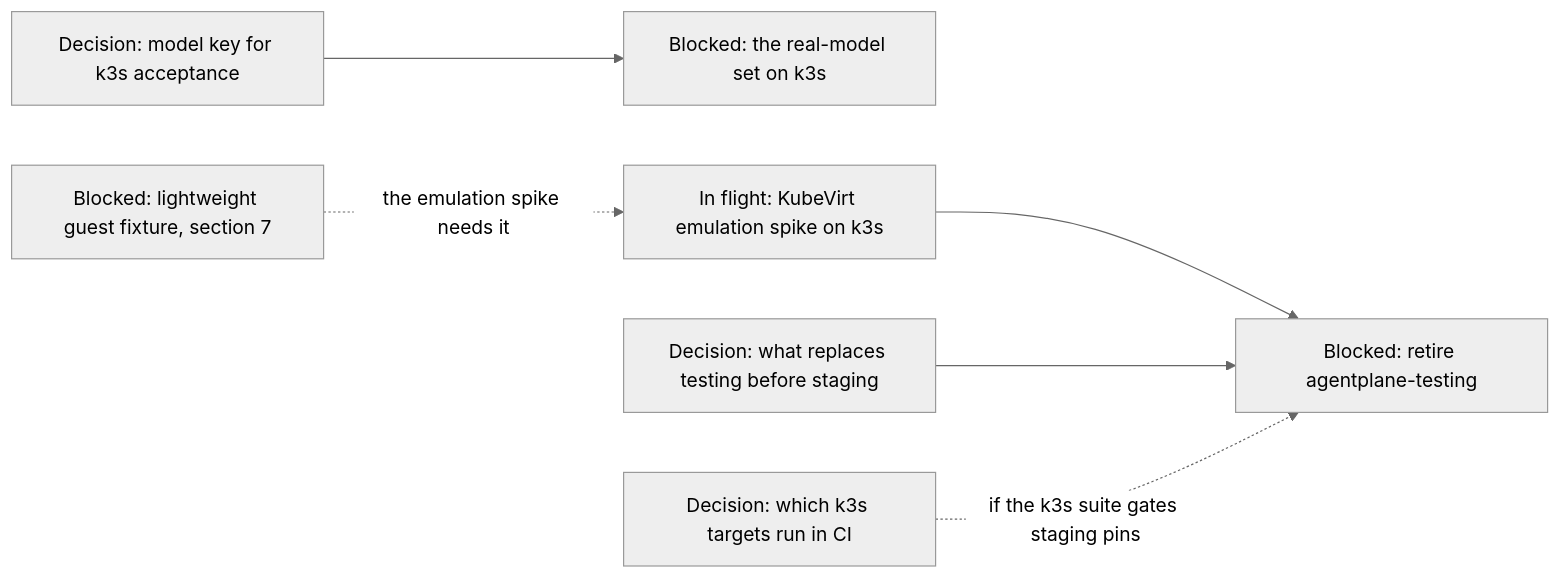
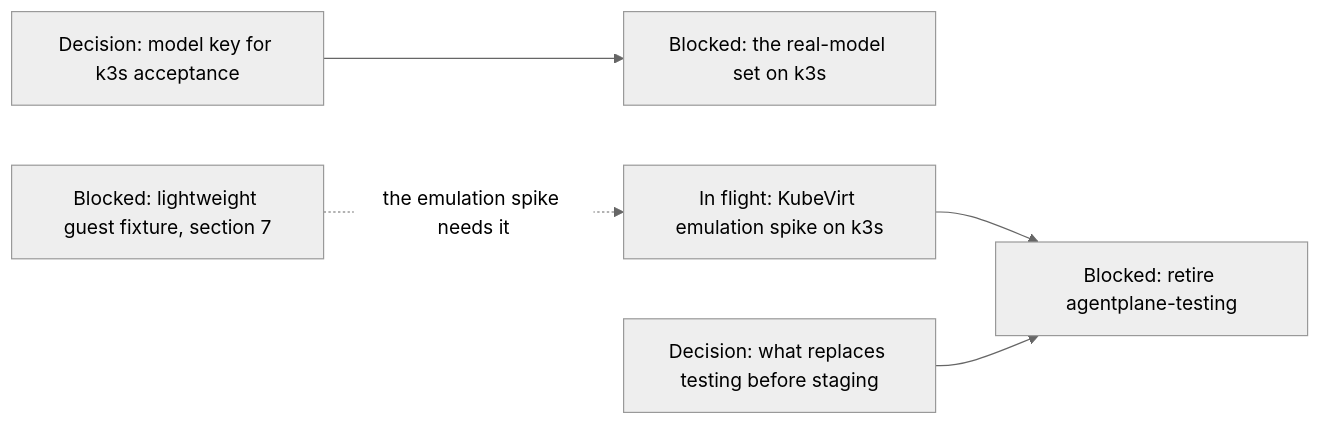
Before and after one commit to agentydragon-agent/ducktape: diagram 18 of 19 in agentplane/plans/task_dag.md, drawn with Mermaid (neutral theme). The commit also changed other lines of this file and 6 other files, not shown here.

First line of the commit message:
agentplane(acceptance): k3s targets run in PR CI

````diff
--- a/agentplane/plans/task_dag.md
+++ b/agentplane/plans/task_dag.md
@@ -1998,15 +1998,13 @@
 ```mermaid
 flowchart LR
     K3S_MODEL_CREDENTIALS[Decision: model key for k3s acceptance]
     K3S_MODEL_SCENARIOS[Blocked: the real-model set on k3s]
     K3S_VM_ACCEPTANCE[In flight: KubeVirt emulation spike on k3s]
     K3S_VM_IMAGE[Blocked: lightweight guest fixture, section 7]
     TESTING_ROLLOUT_ROLE[Decision: what replaces testing before staging]
     TESTING_ENVIRONMENT_RETIRE[Blocked: retire agentplane-testing]
-    K3S_CI_TIER[Decision: which k3s targets run in CI]
     K3S_MODEL_CREDENTIALS --> K3S_MODEL_SCENARIOS
     K3S_VM_IMAGE -. the emulation spike needs it .-> K3S_VM_ACCEPTANCE
     K3S_VM_ACCEPTANCE --> TESTING_ENVIRONMENT_RETIRE
     TESTING_ROLLOUT_ROLE --> TESTING_ENVIRONMENT_RETIRE
-    K3S_CI_TIER -. if the k3s suite gates staging pins .-> TESTING_ENVIRONMENT_RETIRE
 ```
````
